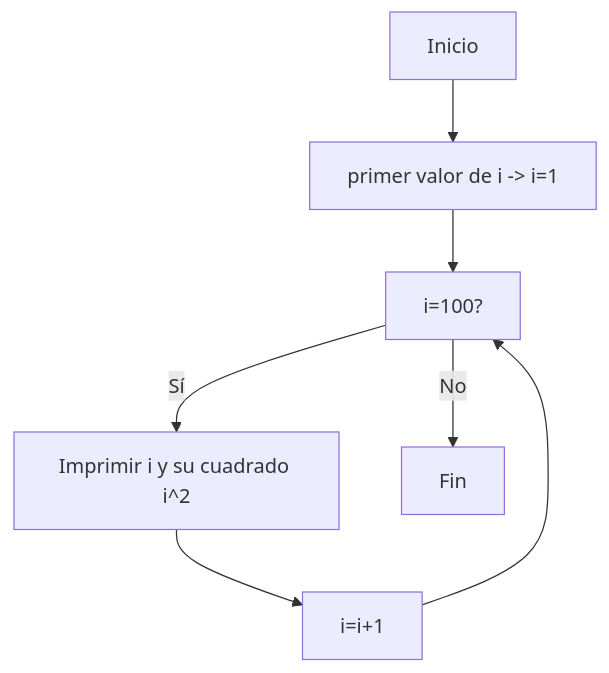
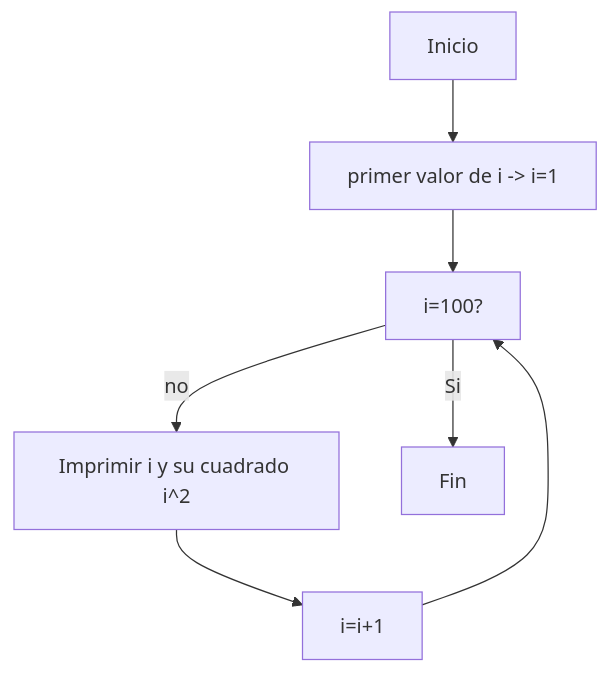
The first of 3 diagrams in README.md (Avega-Andf/El_reto_7_...), drawn with Mermaid before and after one commit.

````diff
--- a/README.md
+++ b/README.md
@@ -11,8 +11,8 @@
 ```mermaid
 graph TD;
   A[Inicio] -->a[primer valor de i -> i=1]--> B[i=100?];
-  B -- Sí --> C[Imprimir i y su cuadrado i^2];
+  B -- no  --> C[Imprimir i y su cuadrado i^2];
   C --> D[i=i+1];
   D --> B;
-  B -- No --> E[Fin];
+  B -- Si --> E[Fin];
 ```
````
